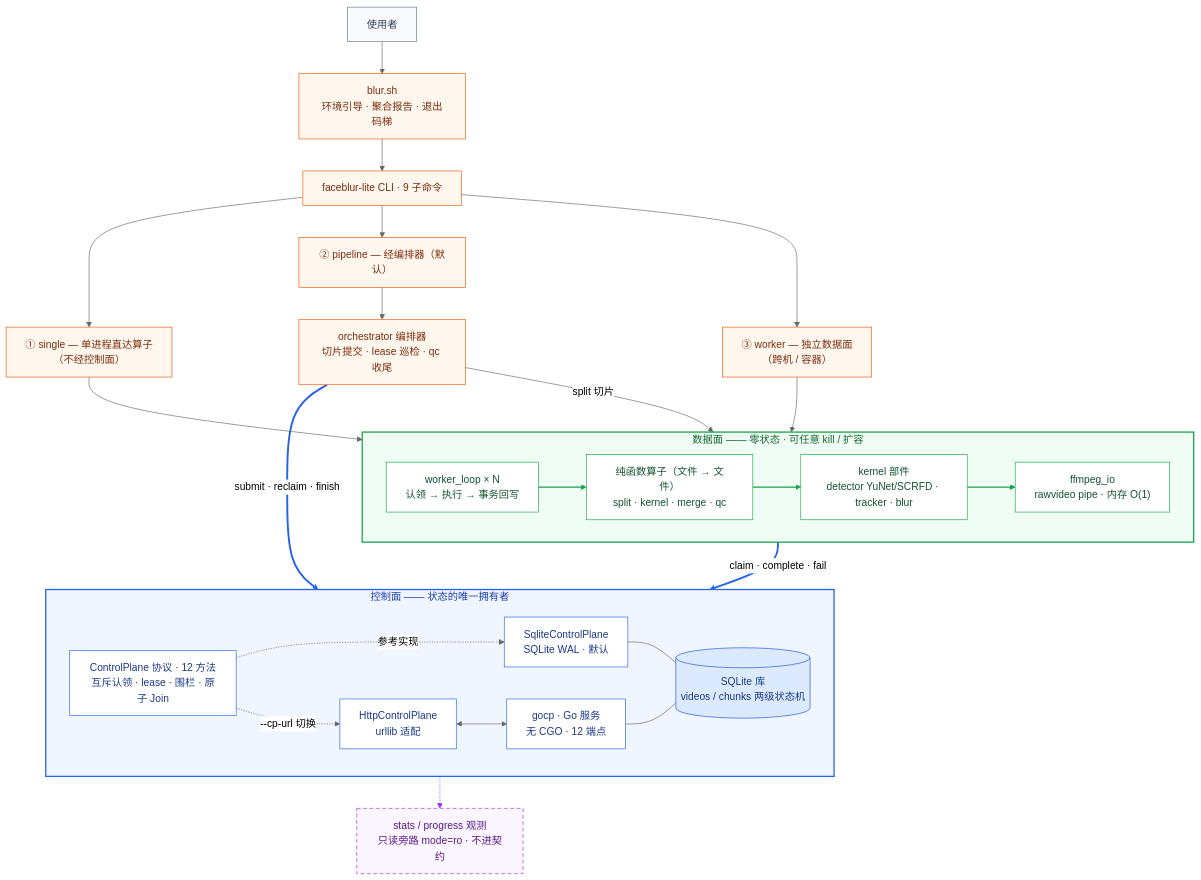
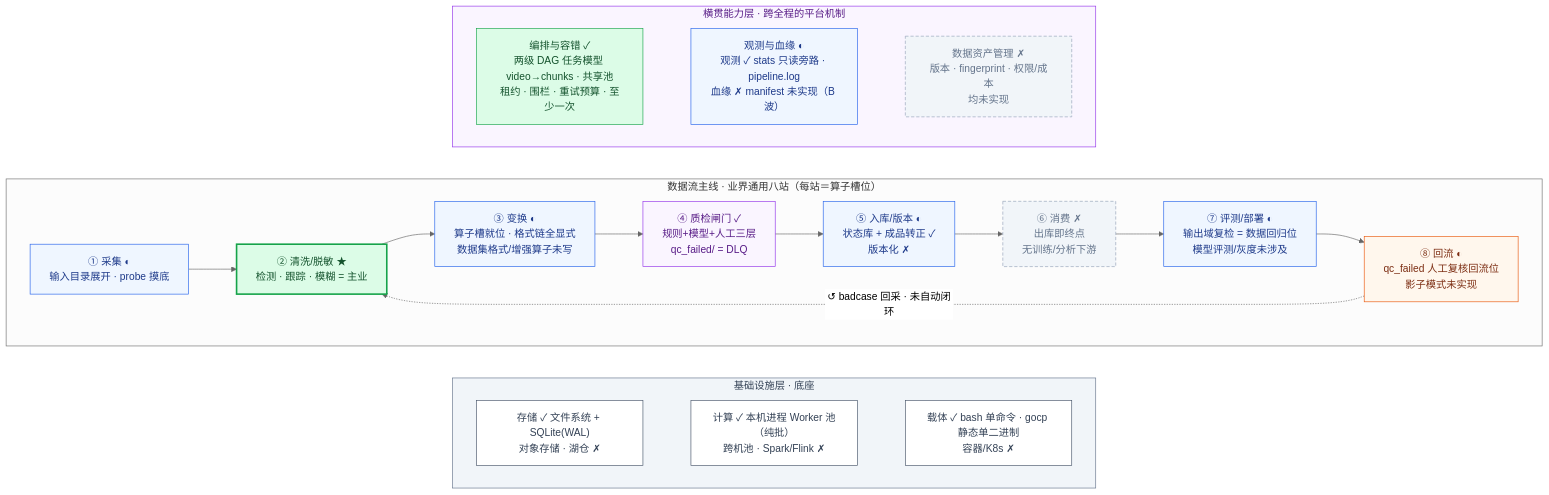
One commit to Zzz-ww/face-blur-lite changed the second of 3 diagrams in handbook/README.md. Above: the diagram before and after it, drawn with Mermaid (neutral theme). The commit also changed other lines of this file and 8 other files, not shown here.

````diff
--- a/handbook/README.md
+++ b/handbook/README.md
@@ -11,61 +111,40 @@
 ```mermaid
 flowchart TB
-    U["使用者"] --> SH["blur.sh<br/>环境引导 · 聚合报告 · 退出码梯"] --> CLI["faceblur-lite CLI · 9 子命令"]
-
-    CLI --> E1["① single — 单进程直达算子<br/>（不经控制面）"]
-    CLI --> E2["② pipeline — 经编排器（默认）"]
-    CLI --> E3["③ worker — 独立数据面<br/>（跨机 / 容器）"]
-
-    E2 --> ORCH["orchestrator 编排器<br/>切片提交 · lease 巡检 · qc 收尾"]
-
-    subgraph DP["数据面 —— 零状态 · 可任意 kill / 扩容"]
+    subgraph XCAP["横贯能力层 · 跨全程的平台机制"]
         direction LR
-        WLOOP["worker_loop × N<br/>认领 → 执行 → 事务回写"] --> OPS["纯函数算子（文件 → 文件）<br/>split · kernel · merge · qc"] --> PARTS["kernel 部件<br/>detector YuNet/SCRFD · tracker · blur"] --> FIO["ffmpeg_io<br/>rawvideo pipe · 内存 O(1)"]
+        XC1["编排与容错 ✓<br/>两级 DAG 任务模型 video→chunks · 共享池<br/>租约 · 围栏 · 重试预算 · 至少一次"] ~~~ XC2["观测与血缘 ◐<br/>观测 ✓ stats 只读旁路 · pipeline.log<br/>血缘 ✗ manifest 未实现（B 波）"] ~~~ XC3["数据资产管理 ✗<br/>版本 · fingerprint · 权限/成本<br/>均未实现"]
     end
 
-    subgraph CP["控制面 —— 状态的唯一拥有者"]
+    subgraph LINE["数据流主线 · 业界通用八站（每站＝算子槽位）"]
         direction LR
-        PROTO["ControlPlane 协议 · 12 方法<br/>互斥认领 · lease · 围栏 · 原子 Join"]
-        SQLITE["SqliteControlPlane<br/>SQLite WAL · 默认"]
-        HTTP["HttpControlPlane<br/>urllib 适配"]
-        GOCP["gocp · Go 服务<br/>无 CGO · 12 端点"]
-        DB[("SQLite 库<br/>videos / chunks 两级状态机")]
-        PROTO -.->|"参考实现"| SQLITE
-        PROTO -.->|"--cp-url 切换"| HTTP
-        HTTP <--> GOCP
-        SQLITE --- DB
-        GOCP --- DB
+        ING["① 采集 ◐<br/>输入目录展开 · probe 摸底"] --> CLN["② 清洗/脱敏 ★<br/>检测 · 跟踪 · 模糊 = 主业"] --> TRF["③ 变换 ◐<br/>算子槽就位 · 格式链全显式<br/>数据集格式/增强算子未写"] --> GATE["④ 质检闸门 ✓<br/>规则+模型+人工三层<br/>qc_failed/ = DLQ"] --> STR["⑤ 入库/版本 ◐<br/>状态库 + 成品转正 ✓<br/>版本化 ✗"] --> CONS["⑥ 消费 ✗<br/>出库即终点<br/>无训练/分析下游"] --> EVA["⑦ 评测/部署 ◐<br/>输出域复检 = 数据回归位<br/>模型评测/灰度未涉及"] --> FDB["⑧ 回流 ◐<br/>qc_failed 人工复核回流位<br/>影子模式未实现"]
+        FDB -.->|"↺ badcase 回采 · 未自动闭环"| CLN
     end
 
-    E1 --> OPS
-    E3 --> WLOOP
-    ORCH -->|"submit · reclaim · finish"| PROTO
-    ORCH -->|"split 切片"| OPS
-    WLOOP -->|"claim · complete · fail"| PROTO
+    subgraph INFRA["基础设施层 · 底座"]
+        direction LR
+        B1["存储 ✓ 文件系统 + SQLite(WAL)<br/>对象存储 · 湖仓 ✗"] ~~~ B2["计算 ✓ 本机进程 Worker 池（纯批）<br/>跨机池 · Spark/Flink ✗"] ~~~ B3["载体 ✓ bash 单命令 · gocp 静态单二进制<br/>容器/K8s ✗"]
+    end
 
-    OBS["stats / progress 观测<br/>只读旁路 mode=ro · 不进契约"]
-    DB -.-> OBS
+    XCAP ~~~ LINE
+    LINE ~~~ INFRA
 
-    %% ── 分层配色 ──
-    classDef user fill:#f8fafc,stroke:#64748b,color:#334155
-    classDef entry fill:#fff7ed,stroke:#ea580c,color:#7c2d12
-    classDef data fill:#ffffff,stroke:#16a34a,color:#14532d
-    classDef ctrl fill:#ffffff,stroke:#2563eb,color:#1e3a8a
-    classDef store fill:#dbeafe,stroke:#1d4ed8,color:#1e3a8a
-    classDef obs fill:#faf5ff,stroke:#9333ea,stroke-dasharray:6 4,color:#581c87
-
-    class U user
-    class SH,CLI,E1,E2,E3,ORCH entry
-    class WLOOP,OPS,PARTS,FIO data
-    class PROTO,SQLITE,HTTP,GOCP ctrl
-    class DB store
-    class OBS obs
-
-    style DP fill:#f0fdf4,stroke:#16a34a,stroke-width:2px,color:#166534
-    style CP fill:#eff6ff,stroke:#2563eb,stroke-width:2px,color:#1e40af
-
-    %% ── 关键边强调：契约边蓝粗、数据面流水线绿、观测旁路紫 ──
-    linkStyle 6,7,8 stroke:#16a34a,stroke-width:2px
-    linkStyle 16,18 stroke:#2563eb,stroke-width:3px
-    linkStyle 19 stroke:#9333ea
+    classDef done fill:#dcfce7,stroke:#16a34a,color:#14532d
+    classDef part fill:#eff6ff,stroke:#2563eb,color:#1e3a8a
+    classDef todo fill:#f1f5f9,stroke:#94a3b8,color:#64748b,stroke-dasharray:5 3
+    classDef gatec fill:#faf5ff,stroke:#9333ea,color:#581c87
+    classDef loopc fill:#fff7ed,stroke:#ea580c,color:#7c2d12
+    classDef infr fill:#ffffff,stroke:#475569,color:#334155
+    class XC1 done
+    class XC2 part
+    class XC3 todo
+    class ING,TRF,STR,EVA part
+    class CLN done
+    class GATE gatec
+    class CONS todo
+    class FDB loopc
+    class B1,B2,B3 infr
+    style CLN stroke-width:2.5px
+    style XCAP fill:#faf5ff,stroke:#9333ea,color:#581c87
+    style INFRA fill:#f1f5f9,stroke:#64748b,color:#334155
 ```
````
